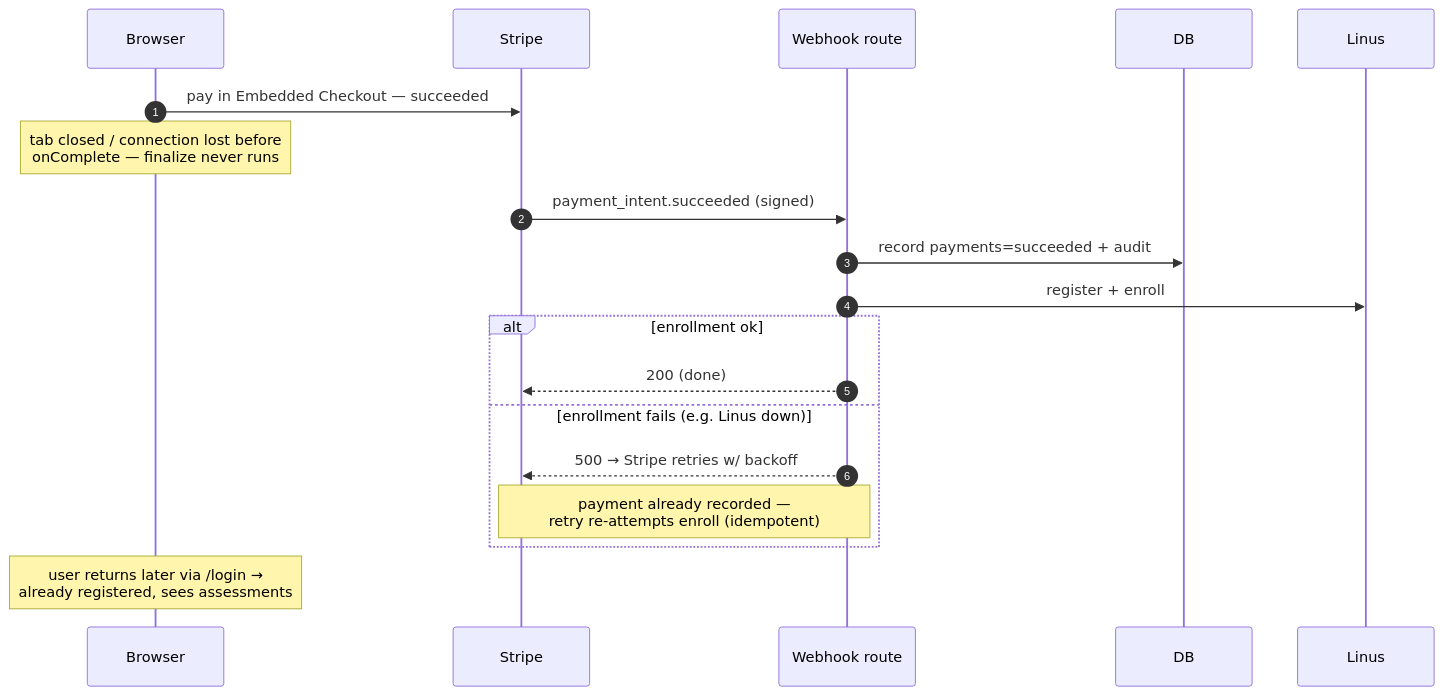
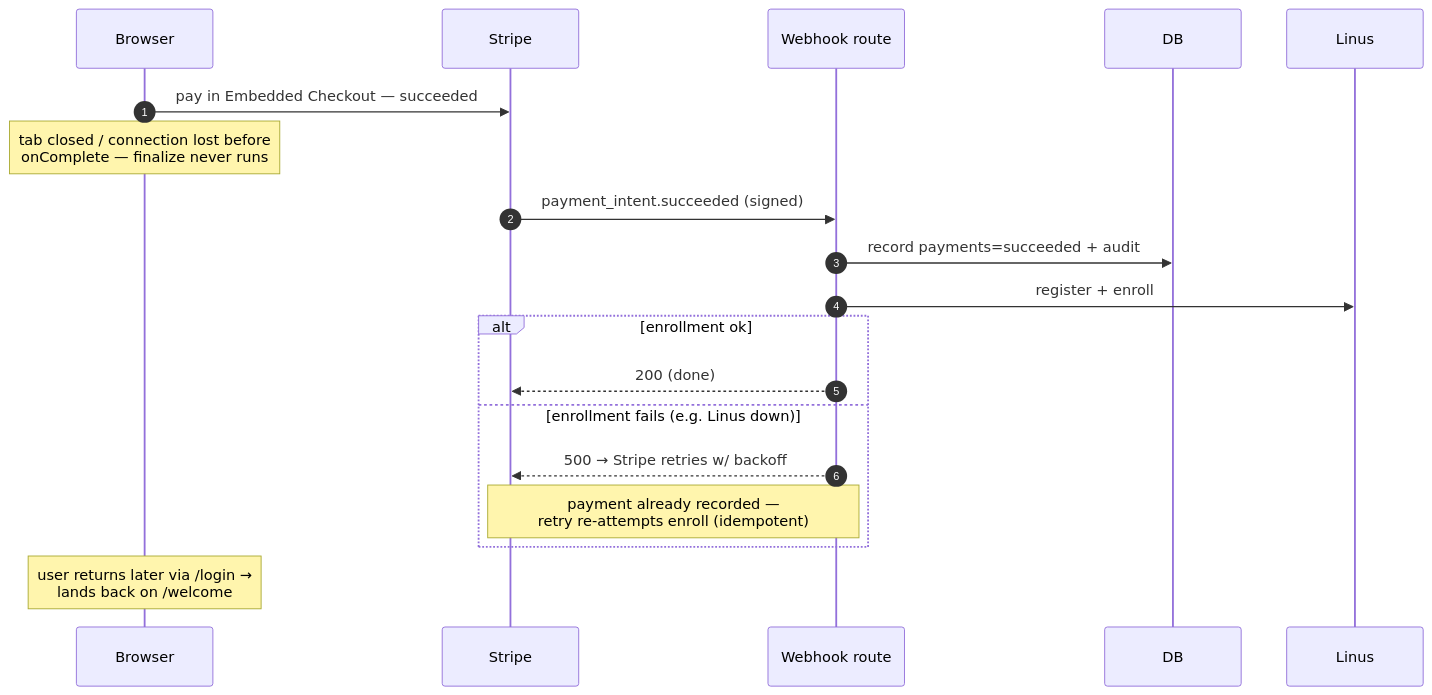
Before and after one commit to dbates-commits/primary-brain-health: the third of 4 diagrams in docs/sow2/technical/stripe-integration-reference.md, drawn with Mermaid. The commit also changed other lines of this file and 105 other files, not shown here.

First line of the commit message:
refactor: retire apps/app, ending the flow at a welcome screen

````diff
--- a/docs/sow2/technical/stripe-integration-reference.md
+++ b/docs/sow2/technical/stripe-integration-reference.md
@@ -156,22 +156,22 @@
 ```mermaid
 sequenceDiagram
     autonumber
     participant B as Browser
     participant S as Stripe
     participant W as Webhook route
     participant D as DB
     participant L as Linus
 
     B->>S: pay in Embedded Checkout — succeeded
     Note over B: tab closed / connection lost before<br/>onComplete — finalize never runs
     S->>W: payment_intent.succeeded (signed)
     W->>D: record payments=succeeded + audit
     W->>L: register + enroll
     alt enrollment ok
         W-->>S: 200 (done)
     else enrollment fails (e.g. Linus down)
         W-->>S: 500 → Stripe retries w/ backoff
         Note over W,S: payment already recorded —<br/>retry re-attempts enroll (idempotent)
     end
-    Note over B: user returns later via /login →<br/>already registered, sees assessments
+    Note over B: user returns later via /login →<br/>lands back on /welcome
 ```
````
